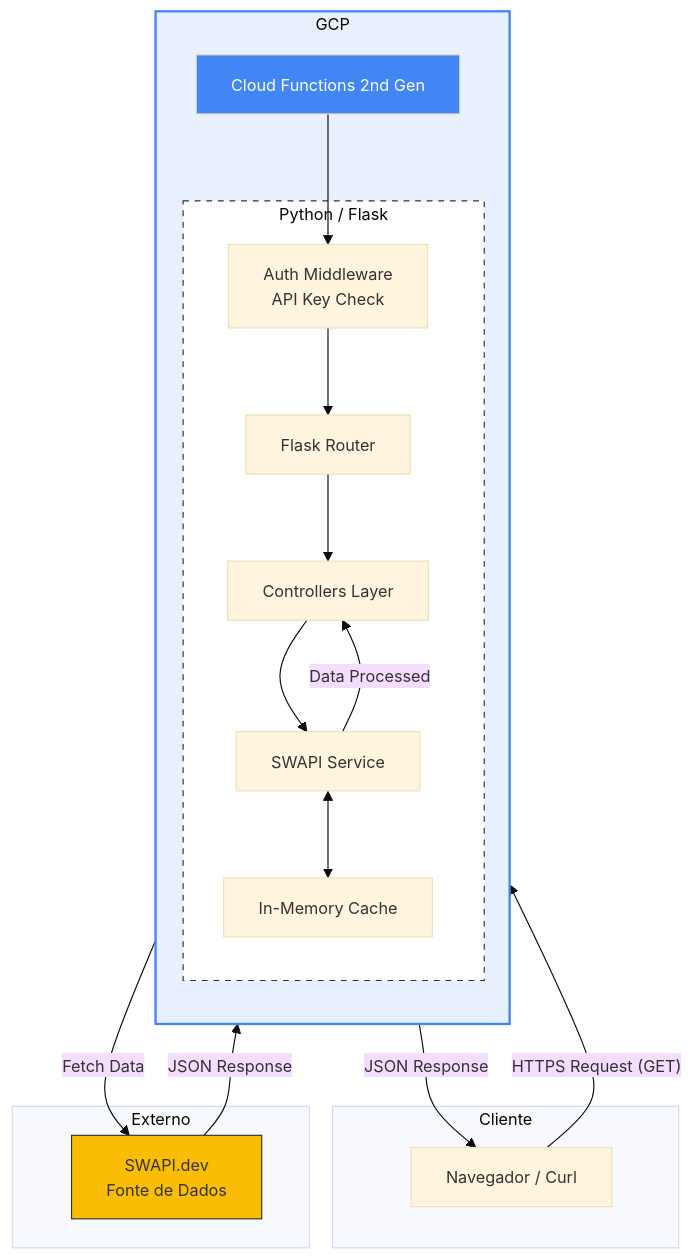
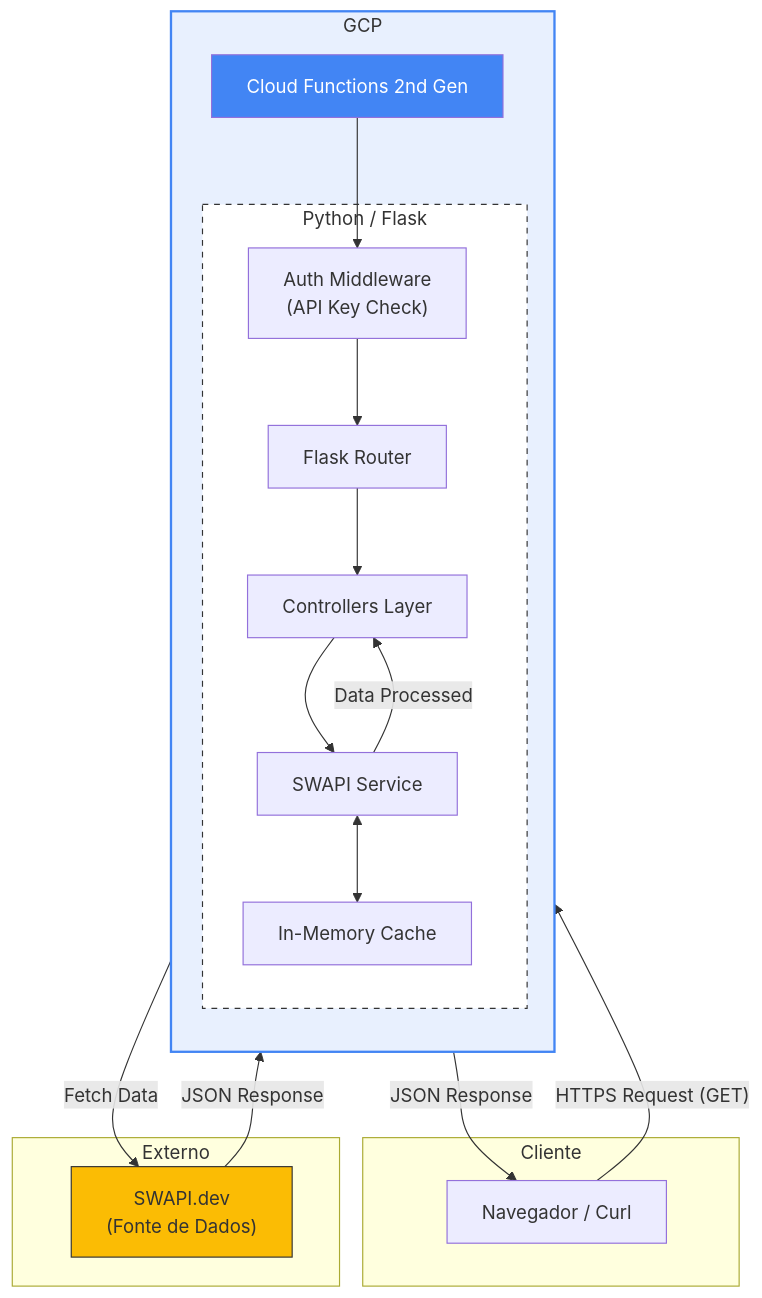
The diagram in README.md (Douglas-L-A/starwars-api), drawn with Mermaid before and after one commit.

Commit message:
Atualizado README

````diff
--- a/README.md
+++ b/README.md
@@ -15,44 +15,43 @@
 ```mermaid
-%%{init: {'theme': 'base', 'themeVariables': { 'fontFamily': 'Montserrat, Trebuchet MS, Verdana, sans-serif', 'fontSize': '14px' }}}%%
 graph TD
     subgraph Client_Side [Cliente]
-        Browser[Navegador / Curl]
+        Browser["Navegador / Curl"]
     end
 
     subgraph GCP [GCP]
         direction TB
         
         CF[Cloud Functions 2nd Gen]
         
         subgraph App_Logic [Python / Flask]
-            Auth[Auth Middleware<br/>API Key Check]
+            Auth["Auth Middleware<br/>(API Key Check)"]
             Router[Flask Router]
             Controller[Controllers Layer]
             Service[SWAPI Service]
             Cache[In-Memory Cache]
         end
         
         CF --> Auth
         Auth --> Router
         Router --> Controller
         Controller --> Service
         Service <--> Cache
     end
 
     subgraph External [Externo]
-        SWAPI[SWAPI.dev<br/>Fonte de Dados]
+        SWAPI["SWAPI.dev<br/>(Fonte de Dados)"]
     end
 
     %% Fluxo
     Browser -- "HTTPS Request (GET)" --> CF
     Service -- "Fetch Data" --> SWAPI
     SWAPI -- "JSON Response" --> Service
     Service -- "Data Processed" --> Controller
     Controller -- "JSON Response" --> Browser
 
     %% Estilização
     style GCP fill:#e8f0fe,stroke:#4285f4,stroke-width:2px
     style CF fill:#4285f4,color:#fff
     style SWAPI fill:#fbbc04,stroke:#333
     style App_Logic fill:#fff,stroke:#333,stroke-dasharray: 5 5
 ```
````
